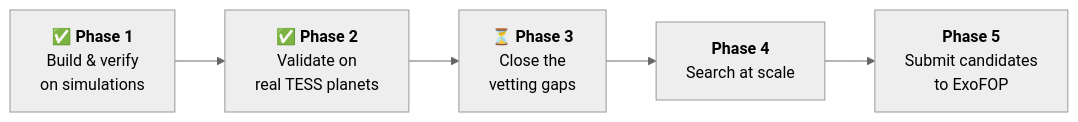
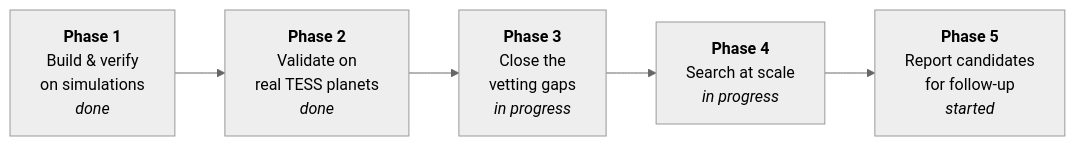
The second of 3 diagrams in README.md (Comdex4/tess-transit-hunter), drawn with Mermaid (neutral theme) before and after one commit. The commit also changed other lines of this file and 9 other files, not shown here.

````diff
--- a/README.md
+++ b/README.md
@@ -794,7 +857,7 @@
 ```mermaid
 flowchart LR
-    P1["✅ <b>Phase 1</b><br/>Build & verify<br/>on simulations"] --> P2["✅ <b>Phase 2</b><br/>Validate on<br/>real TESS planets"]
-    P2 --> P3["⏳ <b>Phase 3</b><br/>Close the<br/>vetting gaps"]
-    P3 --> P4["<b>Phase 4</b><br/>Search at scale"]
-    P4 --> P5["<b>Phase 5</b><br/>Submit candidates<br/>to ExoFOP"]
+    P1["<b>Phase 1</b><br/>Build & verify<br/>on simulations<br/><i>done</i>"] --> P2["<b>Phase 2</b><br/>Validate on<br/>real TESS planets<br/><i>done</i>"]
+    P2 --> P3["<b>Phase 3</b><br/>Close the<br/>vetting gaps<br/><i>in progress</i>"]
+    P3 --> P4["<b>Phase 4</b><br/>Search at scale<br/><i>in progress</i>"]
+    P4 --> P5["<b>Phase 5</b><br/>Report candidates<br/>for follow-up<br/><i>started</i>"]
 ```
````
